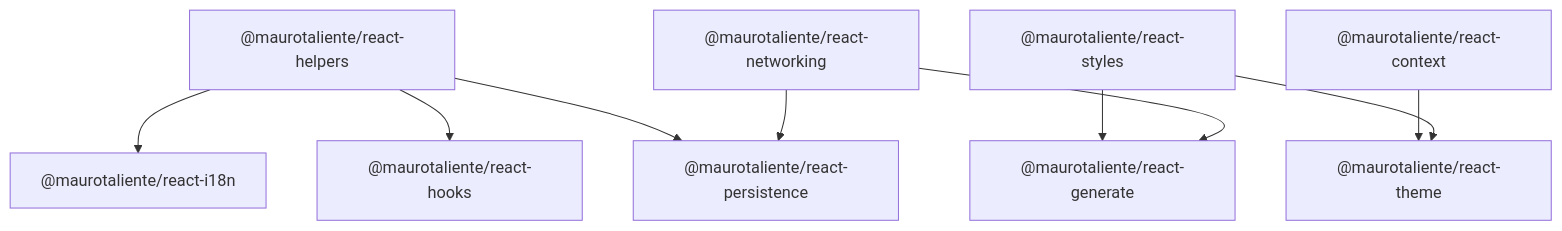
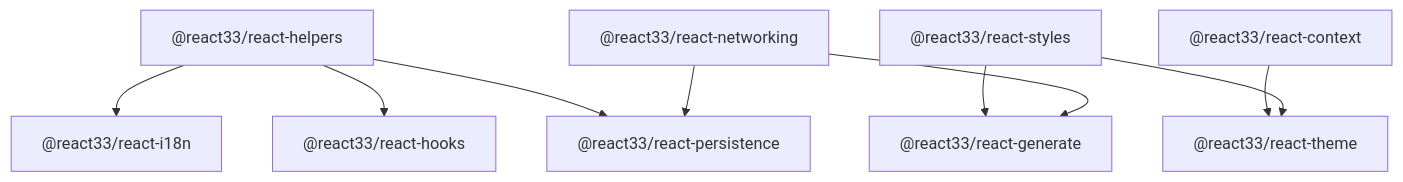
One commit to MauroTaliente/new-app changed the diagram in docs/architecture.en.md. Above: the diagram before and after it, drawn with Mermaid. The commit also changed other lines of this file and 131 other files, not shown here.

First line of the commit message:
chore: rename npm scope from @maurotaliente to @react33

````diff
--- a/docs/architecture.en.md
+++ b/docs/architecture.en.md
@@ -13,20 +13,20 @@
 ```mermaid
 flowchart TB
-  helpers["@maurotaliente/react-helpers"]
-  context["@maurotaliente/react-context"]
-  styles["@maurotaliente/react-styles"]
-  networking["@maurotaliente/react-networking"]
-  persistence["@maurotaliente/react-persistence"]
-  hooks["@maurotaliente/react-hooks"]
-  i18n["@maurotaliente/react-i18n"]
-  theme["@maurotaliente/react-theme"]
-  generate["@maurotaliente/react-generate"]
+  helpers["@react33/react-helpers"]
+  context["@react33/react-context"]
+  styles["@react33/react-styles"]
+  networking["@react33/react-networking"]
+  persistence["@react33/react-persistence"]
+  hooks["@react33/react-hooks"]
+  i18n["@react33/react-i18n"]
+  theme["@react33/react-theme"]
+  generate["@react33/react-generate"]
   helpers --> hooks
   helpers --> persistence
   helpers --> i18n
   networking --> persistence
   context --> theme
   styles --> theme
   styles --> generate
   networking --> generate
 ```
````
